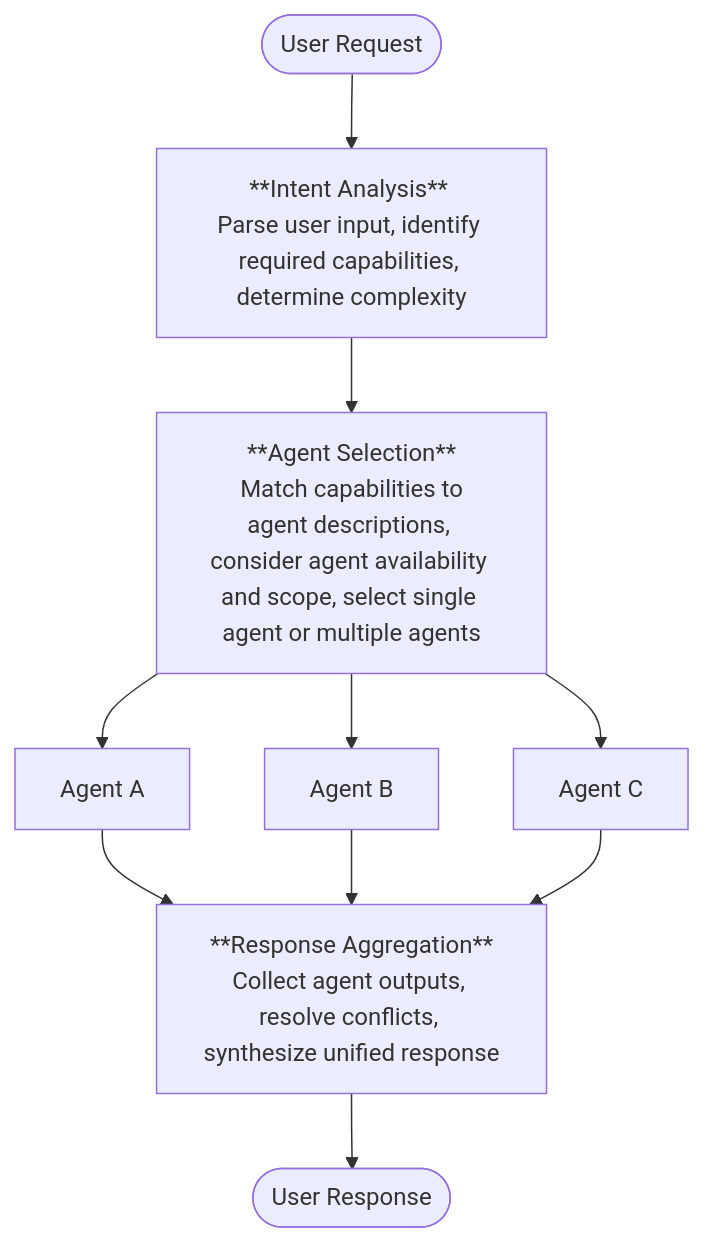
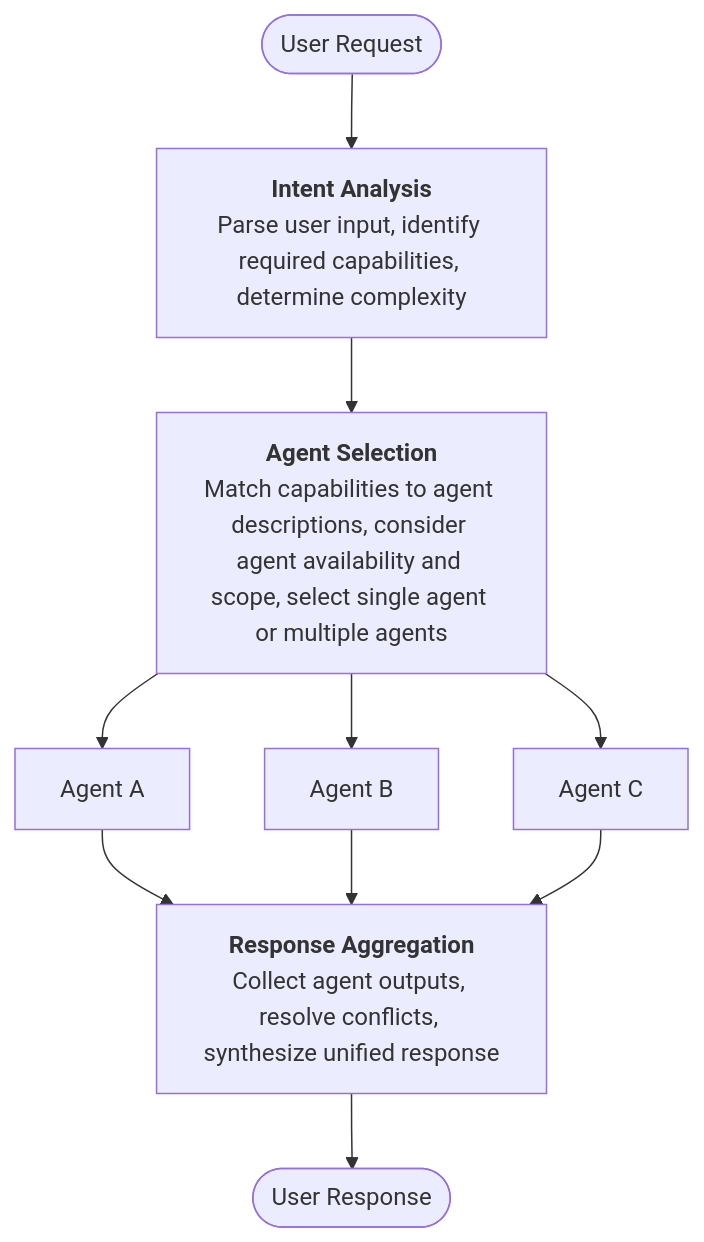
The diagram in agent-platform/v1/orchestrate.mdx (Koredotcom/docs-v2), drawn with Mermaid before and after one commit. The commit also changed 2 other files, not shown here.

Commit message:
Minor edits

````diff
--- a/agent-platform/v1/orchestrate.mdx
+++ b/agent-platform/v1/orchestrate.mdx
@@ -47,12 +47,12 @@
 ```mermaid actions={false}
 flowchart TD
-    A([User Request]) --> B[**Intent Analysis** <br />Parse user input, identify required capabilities, determine complexity]
-    B --> C[**Agent Selection**<br /> Match capabilities to agent descriptions, consider agent availability and scope, select single agent or multiple agents]
+    A([User Request]) --> B[<b>Intent Analysis</b><br />Parse user input, identify required capabilities, determine complexity]
+    B --> C[<b>Agent Selection</b><br />Match capabilities to agent descriptions, consider agent availability and scope, select single agent or multiple agents]
     C --> D[Agent A]
     C --> E[Agent B]
     C --> F[Agent C]
-    D --> G[**Response Aggregation**<br />Collect agent outputs, resolve conflicts, synthesize unified response]
+    D --> G[<b>Response Aggregation</b><br />Collect agent outputs, resolve conflicts, synthesize unified response]
     E --> G
     F --> G
     G --> H([User Response])
 ```
````
